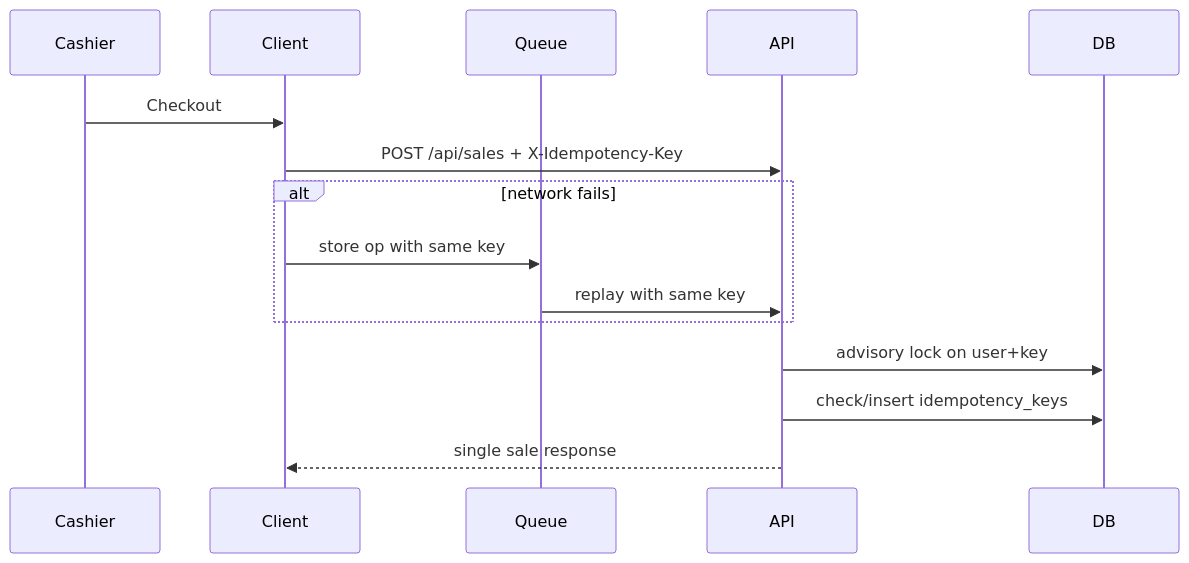
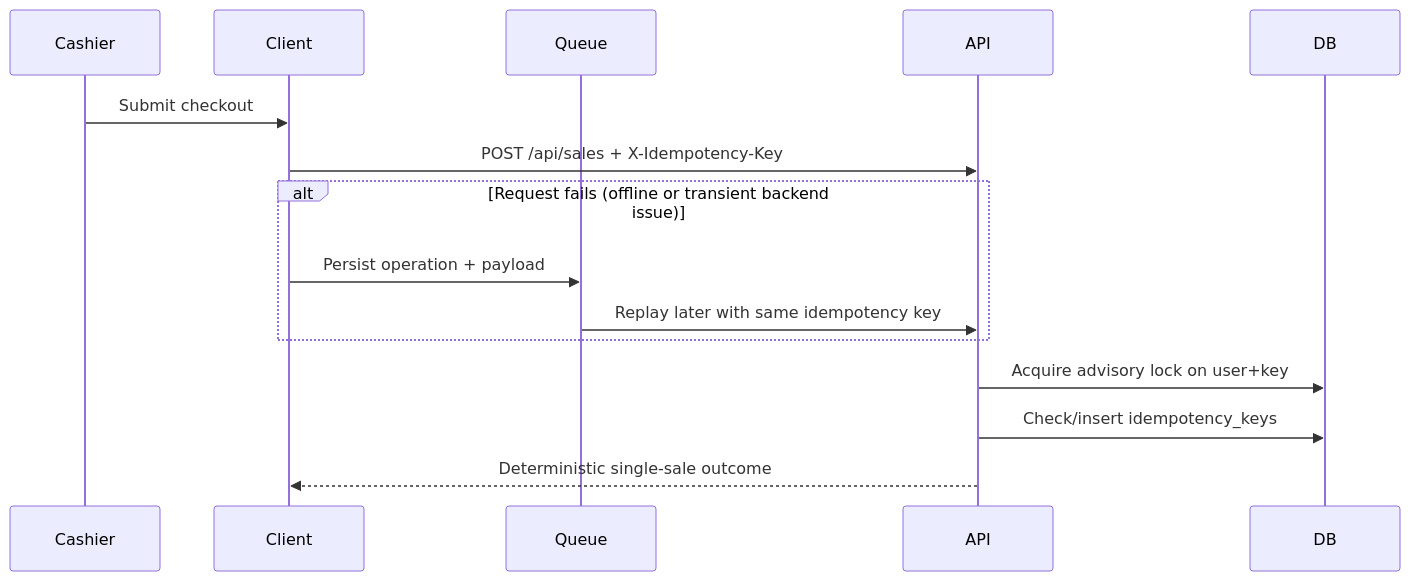
The second of 2 diagrams in README.md (Asout3/bakery-ops-app), drawn with Mermaid before and after one commit. The commit also changed other lines of this file, not shown here.

Commit message:
Rewrite README with production architecture and resilience guidance

````diff
--- a/README.md
+++ b/README.md
@@ -40,18 +110,18 @@
 ```mermaid
 sequenceDiagram
   participant Cashier
   participant Client
   participant Queue
   participant API
   participant DB
 
-  Cashier->>Client: Checkout
+  Cashier->>Client: Submit checkout
   Client->>API: POST /api/sales + X-Idempotency-Key
-  alt network fails
-    Client->>Queue: store op with same key
-    Queue->>API: replay with same key
+  alt Request fails (offline or transient backend issue)
+    Client->>Queue: Persist operation + payload
+    Queue->>API: Replay later with same idempotency key
   end
-  API->>DB: advisory lock on user+key
-  API->>DB: check/insert idempotency_keys
-  API-->>Client: single sale response
+  API->>DB: Acquire advisory lock on user+key
+  API->>DB: Check/insert idempotency_keys
+  API-->>Client: Deterministic single-sale outcome
 ```
````
